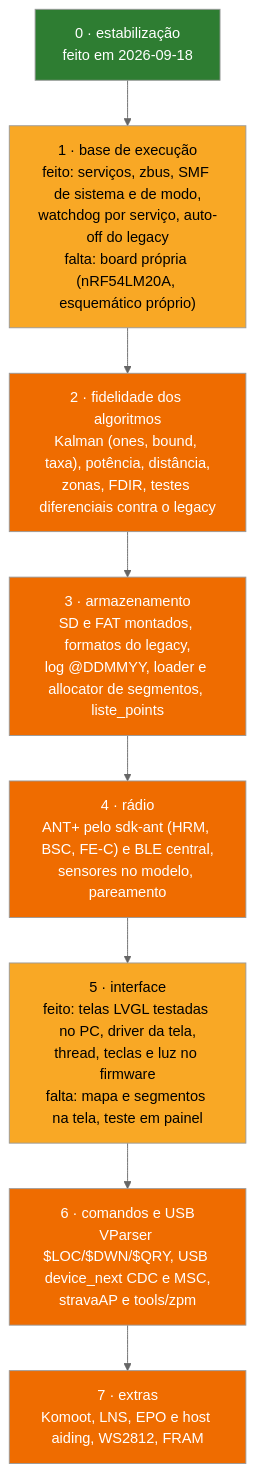
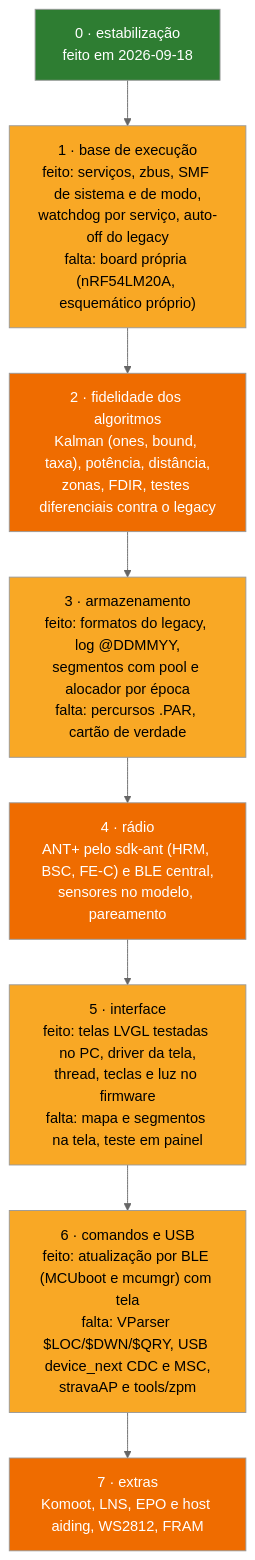
Before and after one commit to Guiimartinho/gnss-bike-computer: the second of 2 diagrams in docs/10-status-do-port.md, drawn with Mermaid (neutral theme). The commit also changed other lines of this file and 37 other files, not shown here.

````diff
--- a/docs/10-status-do-port.md
+++ b/docs/10-status-do-port.md
@@ -111,14 +112,14 @@
 ```mermaid
 flowchart TD
     F0["0 · estabilização<br/>feito em 2026-09-18"]:::done --> F1
     F1["1 · base de execução<br/>feito: serviços, zbus, SMF de sistema e de modo,<br/>watchdog por serviço, auto-off do legacy<br/>falta: board própria (nRF54LM20A, esquemático próprio)"]:::partial --> F2
     F2["2 · fidelidade dos algoritmos<br/>Kalman (ones, bound, taxa), potência, distância,<br/>zonas, FDIR, testes diferenciais contra o legacy"]:::pending --> F3
-    F3["3 · armazenamento<br/>SD e FAT montados, formatos do legacy,<br/>log @DDMMYY, loader e allocator de segmentos, liste_points"]:::pending --> F4
+    F3["3 · armazenamento<br/>feito: formatos do legacy, log @DDMMYY,<br/>segmentos com pool e alocador por época<br/>falta: percursos .PAR, cartão de verdade"]:::partial --> F4
     F4["4 · rádio<br/>ANT+ pelo sdk-ant (HRM, BSC, FE-C) e BLE central,<br/>sensores no modelo, pareamento"]:::pending --> F5
     F5["5 · interface<br/>feito: telas LVGL testadas no PC, driver da tela,<br/>thread, teclas e luz no firmware<br/>falta: mapa e segmentos na tela, teste em painel"]:::partial --> F6
-    F6["6 · comandos e USB<br/>VParser $LOC/$DWN/$QRY, USB device_next CDC e MSC,<br/>stravaAP e tools/zpm"]:::pending --> F7
+    F6["6 · comandos e USB<br/>feito: atualização por BLE (MCUboot e mcumgr) com tela<br/>falta: VParser $LOC/$DWN/$QRY, USB device_next CDC e MSC,<br/>stravaAP e tools/zpm"]:::partial --> F7
     F7["7 · extras<br/>Komoot, LNS, EPO e host aiding, WS2812, FRAM"]:::pending
     classDef done fill:#2e7d32,color:#ffffff
     classDef partial fill:#f9a825,color:#000000
     classDef pending fill:#ef6c00,color:#ffffff
 ```
````
